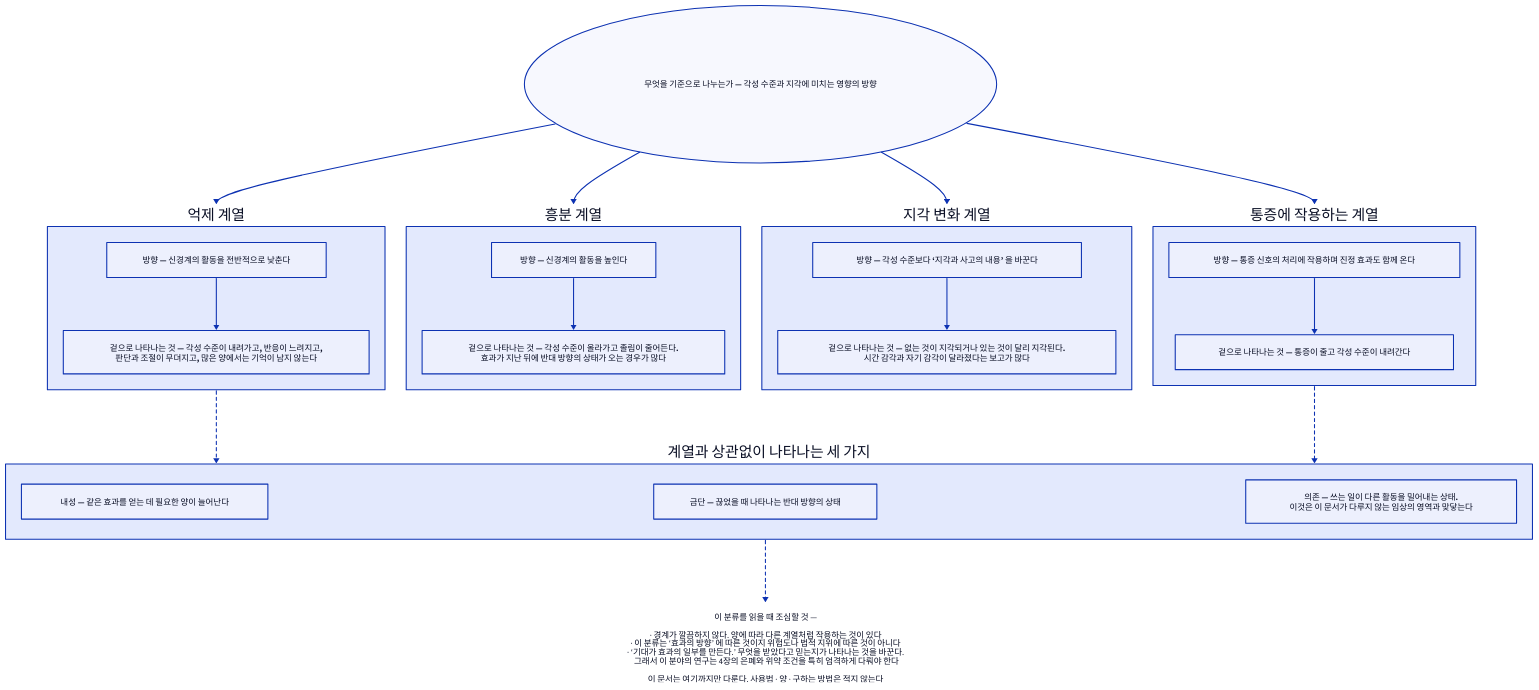
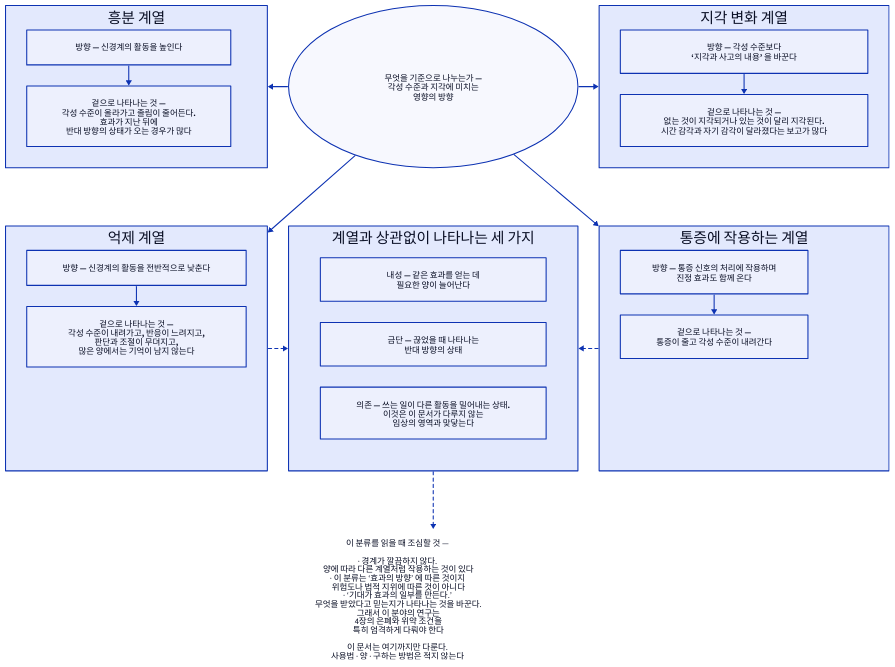
The diagram in d2/psychology/psy-b-drug-classes.d2 (Dong-gi/Dong-gi.github.io), drawn with D2 before and after one commit. The commit also changed 180 other files, not shown here.

```diff
--- a/d2/psychology/psy-b-drug-classes.d2
+++ b/d2/psychology/psy-b-drug-classes.d2
@@ -1,67 +1,84 @@
 # 의식에 미치는 영향으로 나눈 갈래. 심리학 14장.
 #
 # 이 그림은 ‘분류’만 다룬다. 어떤 물질을 어떻게 쓰는지, 얼마나 쓰는지,
 # 어디서 구하는지는 이 문서가 다루지 않는다. 원장 §0.3 이 그은 선과 같은 선이다.
 #
 # 무엇을 읽어야 하나: 이 분류가 ‘효과의 방향’에 따른 것이지 위험도나
 # 법적 지위에 따른 것이 아니라는 것, 그리고 경계가 깔끔하지 않다는 것.
+#
+# 배치: 3칸 × 3줄. 기준을 첫 줄 가운데 두고 네 계열을 그 둘레에, 공통을 둘째 줄 가운데에 놓았다.
+# 셋째 줄 첫 칸의 ‘빈칸’ 은 한계를 가운데로 보내려는 보이지 않는 자리다.
 direction: down
+grid-rows: 3
+grid-columns: 3
+horizontal-gap: 40
+vertical-gap: 110
+
+흥분: {
+  label: "흥분 계열"
+  grid-columns: 1
+  grid-gap: 40
+  b1: { label: "방향 — 신경계의 활동을 높인다" }
+  b2: { label: "겉으로 나타나는 것 —\n각성 수준이 올라가고 졸림이 줄어든다.\n효과가 지난 뒤에\n반대 방향의 상태가 오는 경우가 많다" }
+  b1 -> b2
+}
 
 기준: {
-  label: "무엇을 기준으로 나누는가 — 각성 수준과 지각에 미치는 영향의 방향"
+  label: "무엇을 기준으로 나누는가 —\n각성 수준과 지각에 미치는\n영향의 방향"
   shape: oval
   style.bold: true
 }
 
+지각: {
+  label: "지각 변화 계열"
+  grid-columns: 1
+  grid-gap: 40
+  c1: { label: "방향 — 각성 수준보다\n‘지각과 사고의 내용’ 을 바꾼다" }
+  c2: { label: "겉으로 나타나는 것 —\n없는 것이 지각되거나 있는 것이 달리 지각된다.\n시간 감각과 자기 감각이 달라졌다는 보고가 많다" }
+  c1 -> c2
+}
+
 억제: {
   label: "억제 계열"
-  direction: down
+  grid-columns: 1
+  grid-gap: 40
   a1: { label: "방향 — 신경계의 활동을 전반적으로 낮춘다" }
-  a2: { label: "겉으로 나타나는 것 — 각성 수준이 내려가고, 반응이 느려지고,\n판단과 조절이 무뎌지고, 많은 양에서는 기억이 남지 않는다" }
+  a2: { label: "겉으로 나타나는 것 —\n각성 수준이 내려가고, 반응이 느려지고,\n판단과 조절이 무뎌지고,\n많은 양에서는 기억이 남지 않는다" }
   a1 -> a2
 }
 
-흥분: {
-  label: "흥분 계열"
-  direction: down
-  b1: { label: "방향 — 신경계의 활동을 높인다" }
-  b2: { label: "겉으로 나타나는 것 — 각성 수준이 올라가고 졸림이 줄어든다.\n효과가 지난 뒤에 반대 방향의 상태가 오는 경우가 많다" }
-  b1 -> b2
-}
-
-지각: {
-  label: "지각 변화 계열"
-  direction: down
-  c1: { label: "방향 — 각성 수준보다 ‘지각과 사고의 내용’ 을 바꾼다" }
-  c2: { label: "겉으로 나타나는 것 — 없는 것이 지각되거나 있는 것이 달리 지각된다.\n시간 감각과 자기 감각이 달라졌다는 보고가 많다" }
-  c1 -> c2
+공통: {
+  label: "계열과 상관없이 나타나는 세 가지"
+  grid-columns: 1
+  e1: { label: "내성 — 같은 효과를 얻는 데\n필요한 양이 늘어난다" }
+  e2: { label: "금단 — 끊었을 때 나타나는\n반대 방향의 상태" }
+  e3: { label: "의존 — 쓰는 일이 다른 활동을 밀어내는 상태.\n이것은 이 문서가 다루지 않는\n임상의 영역과 맞닿는다" }
 }
 
 진통: {
   label: "통증에 작용하는 계열"
-  direction: down
-  d1: { label: "방향 — 통증 신호의 처리에 작용하며 진정 효과도 함께 온다" }
-  d2: { label: "겉으로 나타나는 것 — 통증이 줄고 각성 수준이 내려간다" }
+  grid-columns: 1
+  grid-gap: 40
+  d1: { label: "방향 — 통증 신호의 처리에 작용하며\n진정 효과도 함께 온다" }
+  d2: { label: "겉으로 나타나는 것 —\n통증이 줄고 각성 수준이 내려간다" }
   d1 -> d2
+}
+
+빈칸: {
+  label: ""
+  style: { fill: transparent; stroke: transparent }
+}
+
+한계: {
+  label: "　\n이 분류를 읽을 때 조심할 것 —\n\n· 경계가 깔끔하지 않다.\n  양에 따라 다른 계열처럼 작용하는 것이 있다\n· 이 분류는 ‘효과의 방향’ 에 따른 것이지\n  위험도나 법적 지위에 따른 것이 아니다\n· ‘기대가 효과의 일부를 만든다.’\n  무엇을 받았다고 믿는지가 나타나는 것을 바꾼다.\n  그래서 이 분야의 연구는\n  4장의 은폐와 위약 조건을\n  특히 엄격하게 다뤄야 한다\n\n이 문서는 여기까지만 다룬다.\n사용법 · 양 · 구하는 방법은 적지 않는다"
+  shape: text
 }
 
 기준 -> 억제
 기준 -> 흥분
 기준 -> 지각
 기준 -> 진통
 
-공통: {
-  label: "계열과 상관없이 나타나는 세 가지"
-  direction: down
-  e1: { label: "내성 — 같은 효과를 얻는 데 필요한 양이 늘어난다" }
-  e2: { label: "금단 — 끊었을 때 나타나는 반대 방향의 상태" }
-  e3: { label: "의존 — 쓰는 일이 다른 활동을 밀어내는 상태.\n이것은 이 문서가 다루지 않는 임상의 영역과 맞닿는다" }
-}
 억제 -> 공통: { style.stroke-dash: 3 }
 진통 -> 공통: { style.stroke-dash: 3 }
-
-한계: {
-  label: "　\n이 분류를 읽을 때 조심할 것 —\n\n· 경계가 깔끔하지 않다. 양에 따라 다른 계열처럼 작용하는 것이 있다\n· 이 분류는 ‘효과의 방향’ 에 따른 것이지 위험도나 법적 지위에 따른 것이 아니다\n· ‘기대가 효과의 일부를 만든다.’ 무엇을 받았다고 믿는지가 나타나는 것을 바꾼다.\n  그래서 이 분야의 연구는 4장의 은폐와 위약 조건을 특히 엄격하게 다뤄야 한다\n\n이 문서는 여기까지만 다룬다. 사용법 · 양 · 구하는 방법은 적지 않는다"
-  shape: text
-}
 공통 -> 한계: { style.stroke-dash: 3 }
```
